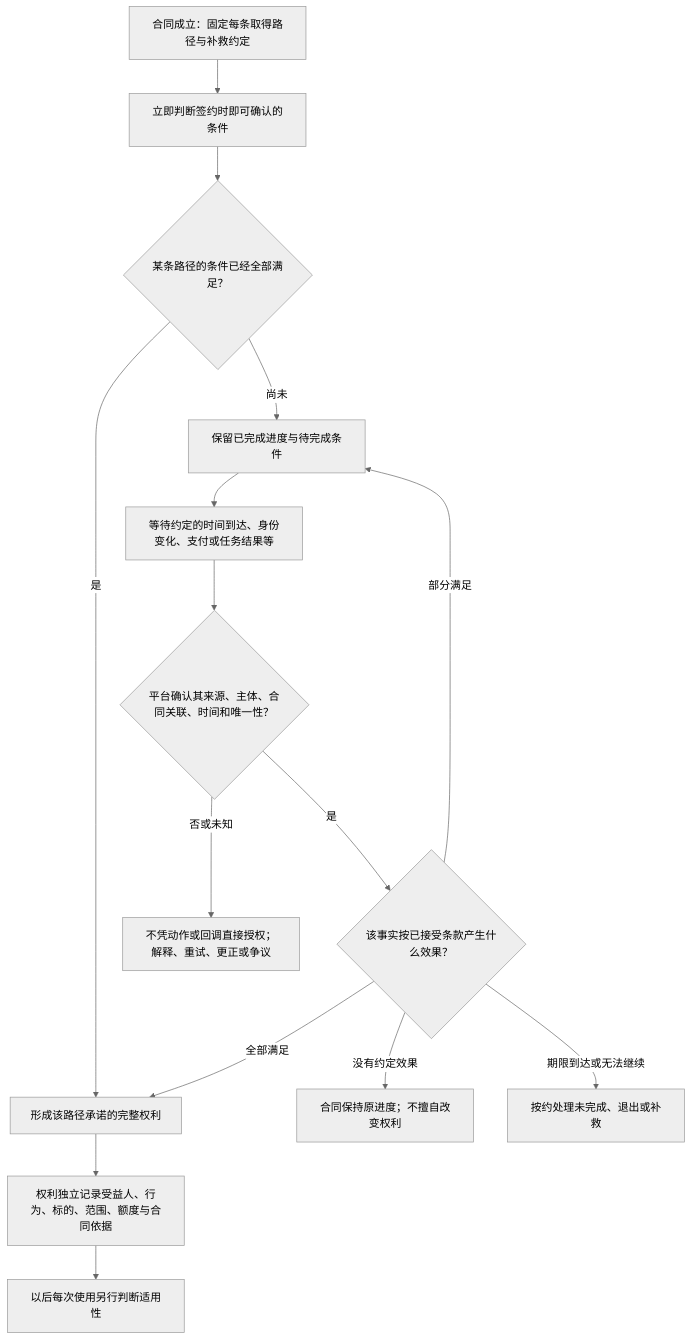
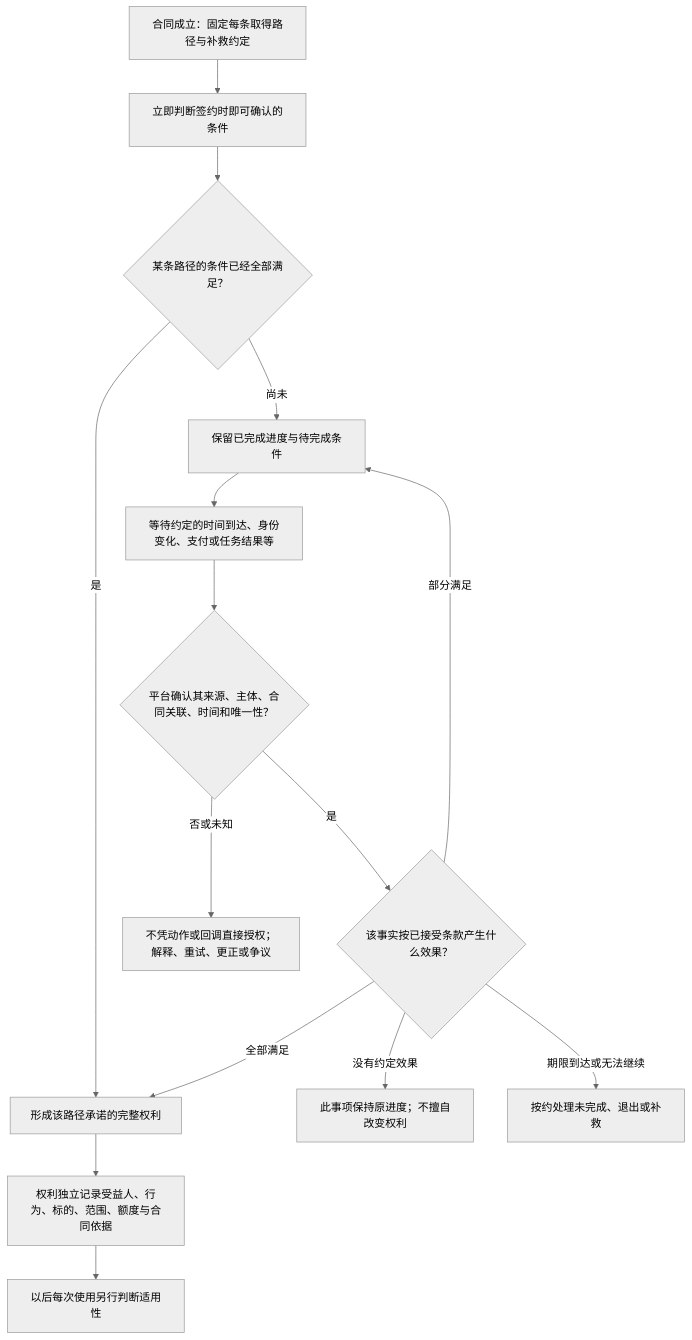
The sixth of 14 diagrams in docs/授权产品模型与策略合约设计/17-从核心到复杂的授权流程图解.md (freelogfe/freelog-runtime-cli), drawn with Mermaid (neutral theme) before and after one commit. The commit also changed other lines of this file and 11 other files, not shown here.

````diff
--- a/docs/授权产品模型与策略合约设计/17-从核心到复杂的授权流程图解.md
+++ b/docs/授权产品模型与策略合约设计/17-从核心到复杂的授权流程图解.md
@@ -77,17 +90,17 @@
 ```mermaid
 flowchart TD
     A["合同成立：固定每条取得路径与补救约定"] --> B["立即判断签约时即可确认的条件"]
     B --> C{某条路径的条件已经全部满足？}
     C -->|是| G["形成该路径承诺的完整权利"]
     C -->|尚未| D["保留已完成进度与待完成条件"]
     D --> E["等待约定的时间到达、身份变化、支付或任务结果等"]
     E --> F{平台确认其来源、主体、合同关联、时间和唯一性？}
     F -->|否或未知| V["不凭动作或回调直接授权；解释、重试、更正或争议"]
     F -->|是| H{该事实按已接受条款产生什么效果？}
     H -->|部分满足| D
     H -->|全部满足| G
-    H -->|没有约定效果| I["合同保持原进度；不擅自改变权利"]
+    H -->|没有约定效果| I["此事项保持原进度；不擅自改变权利"]
     H -->|期限到达或无法继续| R["按约处理未完成、退出或补救"]
     G --> Q["权利独立记录受益人、行为、标的、范围、额度与合同依据"]
     Q --> U["以后每次使用另行判断适用性"]
 ```
````
